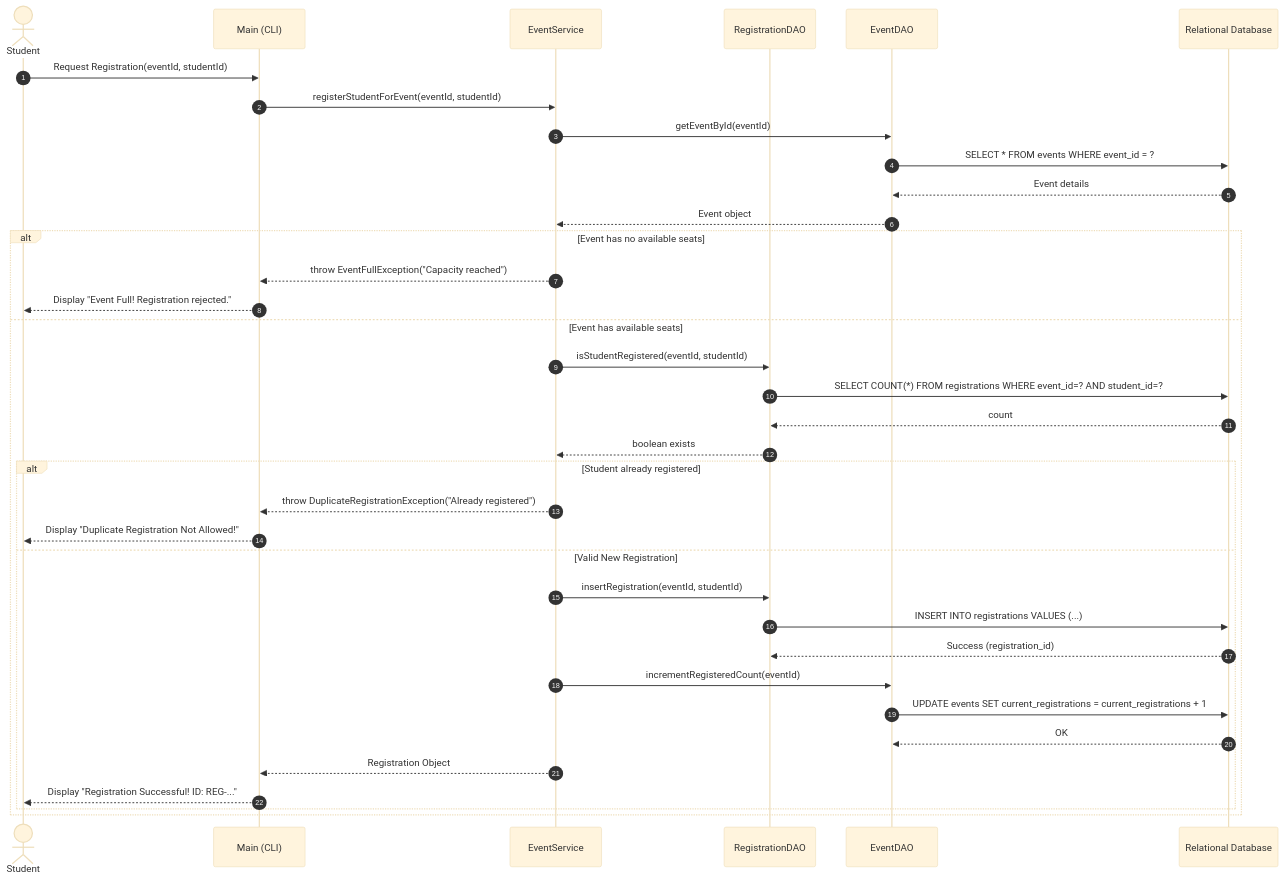
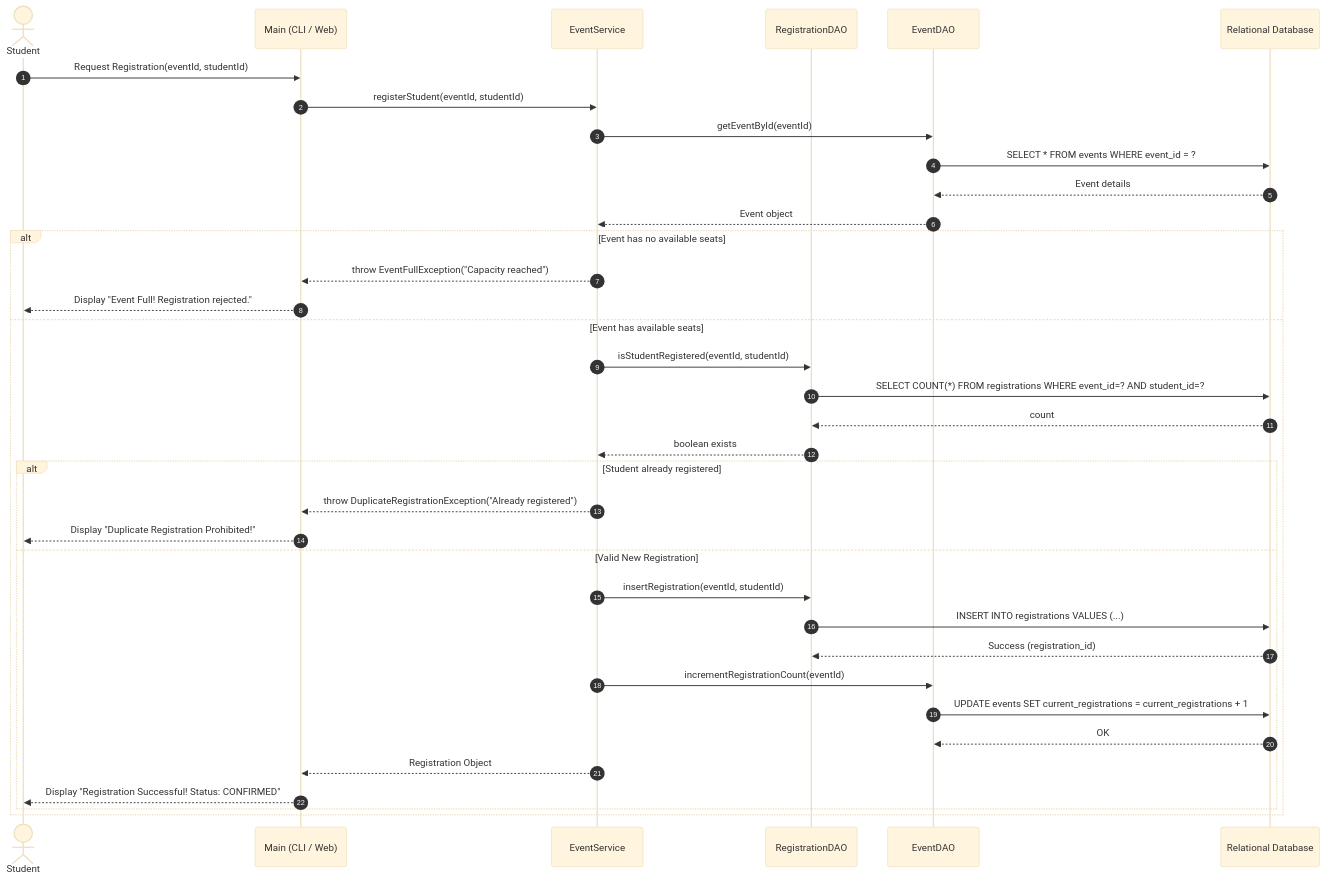
The fifth of 6 diagrams in docs/Design_Diagrams.md (girinathsr7423-gif/Event-management), drawn with Mermaid (base theme) before and after one commit. The commit also changed other lines of this file and 5 other files, not shown here.

Commit message:
Add full 5-Unit Software Engineering documentation, component diagram, process model, and white-box CFG

````diff
--- a/docs/Design_Diagrams.md
+++ b/docs/Design_Diagrams.md
@@ -157,42 +219,42 @@
 ```mermaid
 sequenceDiagram
     autonumber
     actor Student
-    participant Main as Main (CLI)
+    participant Main as Main (CLI / Web)
     participant Service as EventService
     participant RegDAO as RegistrationDAO
     participant EventDAO as EventDAO
     participant DB as Relational Database
 
     Student->>Main: Request Registration(eventId, studentId)
-    Main->>Service: registerStudentForEvent(eventId, studentId)
+    Main->>Service: registerStudent(eventId, studentId)
     
     Service->>EventDAO: getEventById(eventId)
     EventDAO->>DB: SELECT * FROM events WHERE event_id = ?
     DB-->>EventDAO: Event details
     EventDAO-->>Service: Event object
 
     alt Event has no available seats
         Service-->>Main: throw EventFullException("Capacity reached")
         Main-->>Student: Display "Event Full! Registration rejected."
     else Event has available seats
         Service->>RegDAO: isStudentRegistered(eventId, studentId)
         RegDAO->>DB: SELECT COUNT(*) FROM registrations WHERE event_id=? AND student_id=?
         DB-->>RegDAO: count
         RegDAO-->>Service: boolean exists
         
         alt Student already registered
             Service-->>Main: throw DuplicateRegistrationException("Already registered")
-            Main-->>Student: Display "Duplicate Registration Not Allowed!"
+            Main-->>Student: Display "Duplicate Registration Prohibited!"
         else Valid New Registration
             Service->>RegDAO: insertRegistration(eventId, studentId)
             RegDAO->>DB: INSERT INTO registrations VALUES (...)
             DB-->>RegDAO: Success (registration_id)
-            Service->>EventDAO: incrementRegisteredCount(eventId)
+            Service->>EventDAO: incrementRegistrationCount(eventId)
             EventDAO->>DB: UPDATE events SET current_registrations = current_registrations + 1
             DB-->>EventDAO: OK
             Service-->>Main: Registration Object
-            Main-->>Student: Display "Registration Successful! ID: REG-..."
+            Main-->>Student: Display "Registration Successful! Status: CONFIRMED"
         end
     end
 ```
````
